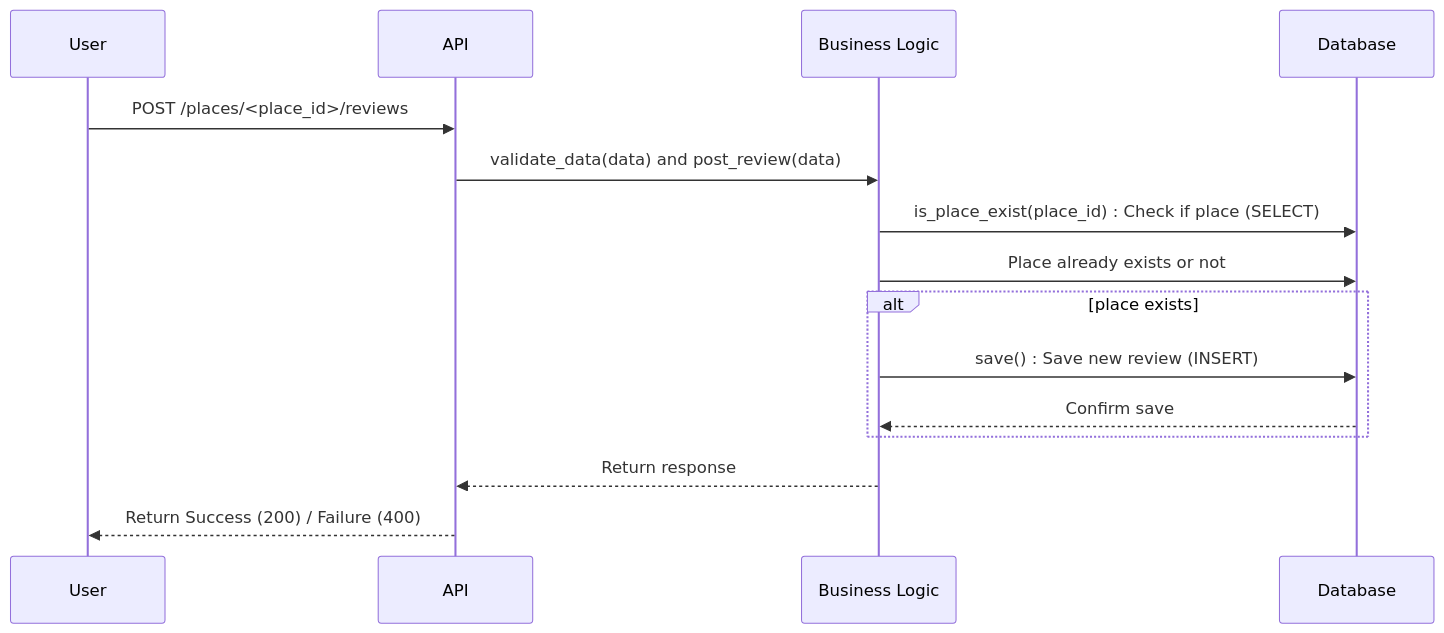
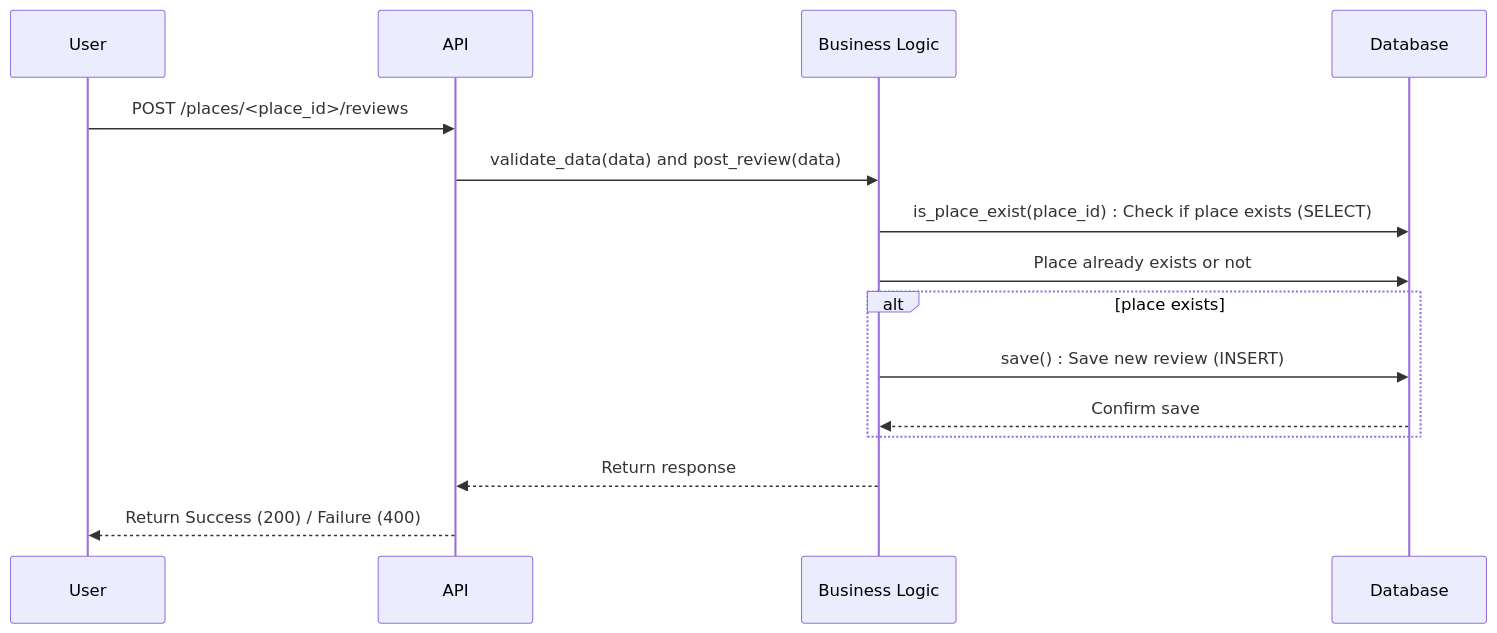
The diagram in part1/task2/reviewSubmission.mermaid (rmarcais/holbertonschool-hbnb), drawn with Mermaid before and after one commit. The commit also changed 1 other file, not shown here.

Commit message:
Update reviewSubmission.mermaid and add fetchingPlaces.mermaid

```diff
--- a/part1/task2/reviewSubmission.mermaid
+++ b/part1/task2/reviewSubmission.mermaid
@@ -1,16 +1,16 @@
 sequenceDiagram
     participant User
     participant API
     participant Business Logic
     participant Database
 
     User ->> API: POST /places/<place_id>/reviews
     API ->> Business Logic: validate_data(data) and post_review(data)
-    Business Logic ->> Database: is_place_exist(place_id) : Check if place (SELECT)
+    Business Logic ->> Database: is_place_exist(place_id) : Check if place exists (SELECT)
     Business Logic ->> Database: Place already exists or not
     alt place exists
         Business Logic ->> Database: save() : Save new review (INSERT)
         Database -->> Business Logic: Confirm save
     end
     Business Logic -->> API: Return response
     API -->> User: Return Success (200) / Failure (400)
```
